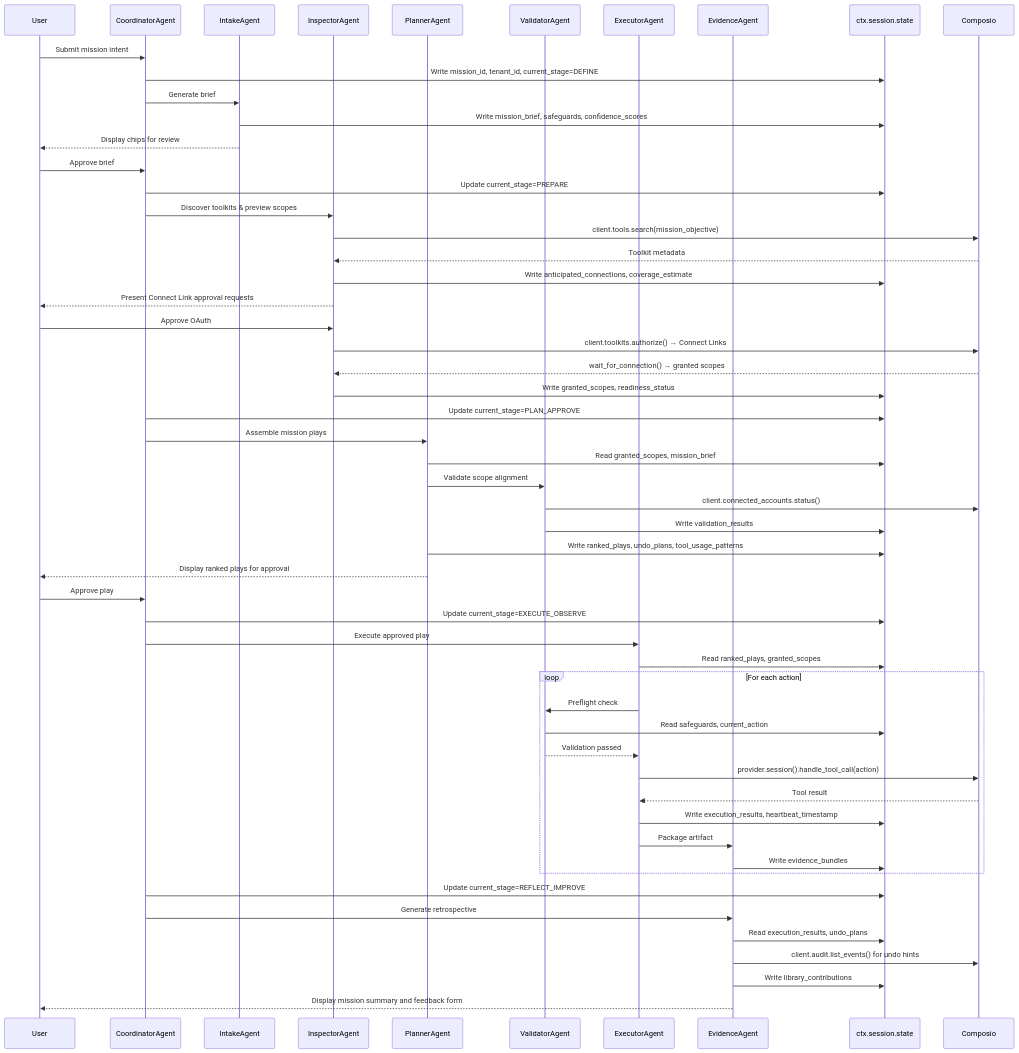
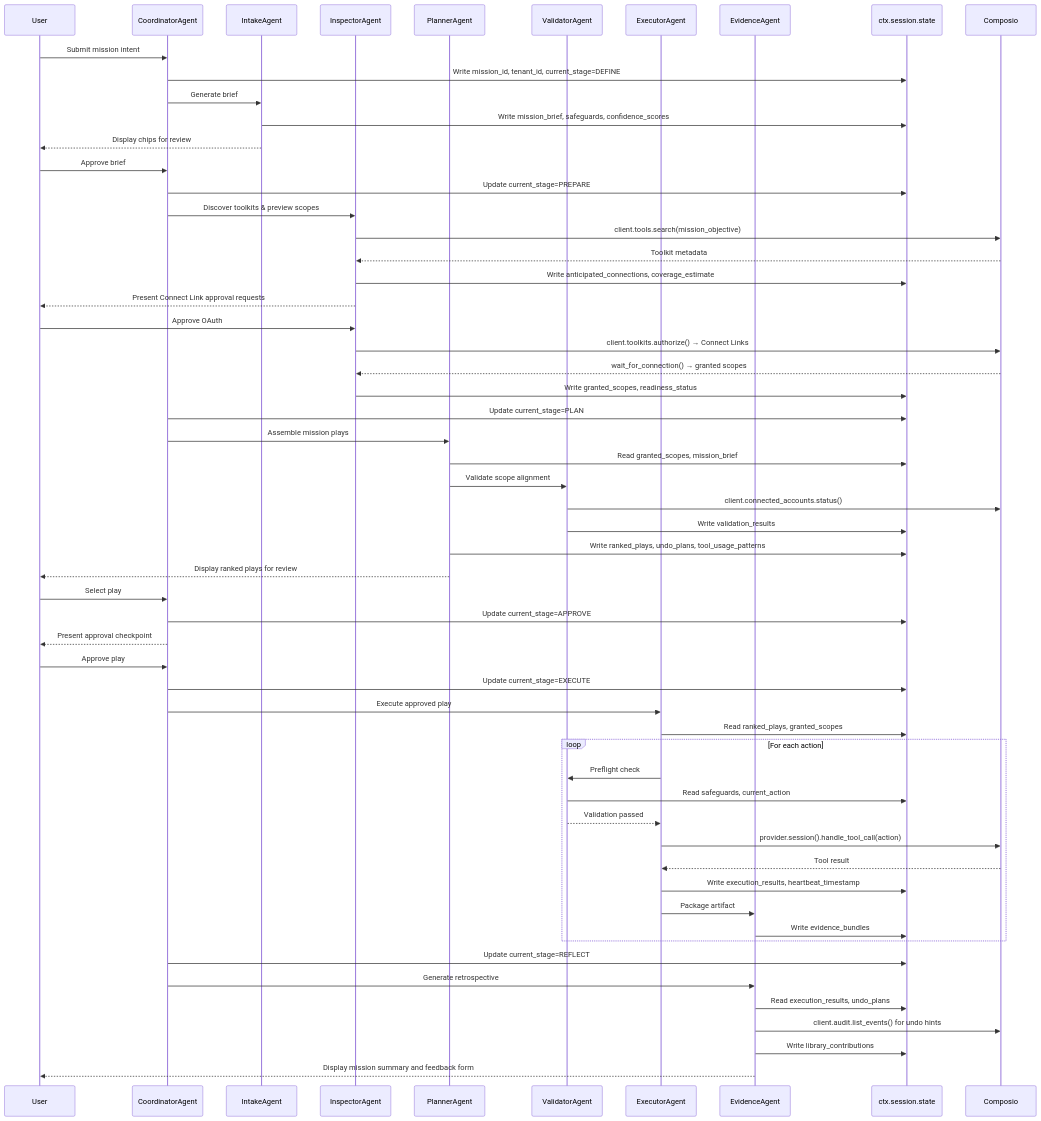
Before and after one commit to maxbaluev/ai_employee_0: the second of 2 diagrams in docs/02_system_overview.md, drawn with Mermaid. The commit also changed other lines of this file and 13 other files, not shown here.

````diff
--- a/docs/02_system_overview.md
+++ b/docs/02_system_overview.md
@@ -147,62 +151,65 @@
 ```mermaid
 sequenceDiagram
     participant User
     participant CoordinatorAgent
     participant IntakeAgent
     participant InspectorAgent
     participant PlannerAgent
     participant ValidatorAgent
     participant ExecutorAgent
     participant EvidenceAgent
     participant SessionState as ctx.session.state
     participant Composio
 
     User->>CoordinatorAgent: Submit mission intent
     CoordinatorAgent->>SessionState: Write mission_id, tenant_id, current_stage=DEFINE
     CoordinatorAgent->>IntakeAgent: Generate brief
     IntakeAgent->>SessionState: Write mission_brief, safeguards, confidence_scores
     IntakeAgent-->>User: Display chips for review
     User->>CoordinatorAgent: Approve brief
     CoordinatorAgent->>SessionState: Update current_stage=PREPARE
 
     CoordinatorAgent->>InspectorAgent: Discover toolkits & preview scopes
     InspectorAgent->>Composio: client.tools.search(mission_objective)
     Composio-->>InspectorAgent: Toolkit metadata
     InspectorAgent->>SessionState: Write anticipated_connections, coverage_estimate
     InspectorAgent-->>User: Present Connect Link approval requests
     User->>InspectorAgent: Approve OAuth
     InspectorAgent->>Composio: client.toolkits.authorize() → Connect Links
     Composio-->>InspectorAgent: wait_for_connection() → granted scopes
     InspectorAgent->>SessionState: Write granted_scopes, readiness_status
-    CoordinatorAgent->>SessionState: Update current_stage=PLAN_APPROVE
+    CoordinatorAgent->>SessionState: Update current_stage=PLAN
 
     CoordinatorAgent->>PlannerAgent: Assemble mission plays
     PlannerAgent->>SessionState: Read granted_scopes, mission_brief
     PlannerAgent->>ValidatorAgent: Validate scope alignment
     ValidatorAgent->>Composio: client.connected_accounts.status()
     ValidatorAgent->>SessionState: Write validation_results
     PlannerAgent->>SessionState: Write ranked_plays, undo_plans, tool_usage_patterns
-    PlannerAgent-->>User: Display ranked plays for approval
+    PlannerAgent-->>User: Display ranked plays for review
+    User->>CoordinatorAgent: Select play
+    CoordinatorAgent->>SessionState: Update current_stage=APPROVE
+    CoordinatorAgent-->>User: Present approval checkpoint
     User->>CoordinatorAgent: Approve play
-    CoordinatorAgent->>SessionState: Update current_stage=EXECUTE_OBSERVE
+    CoordinatorAgent->>SessionState: Update current_stage=EXECUTE
 
     CoordinatorAgent->>ExecutorAgent: Execute approved play
     ExecutorAgent->>SessionState: Read ranked_plays, granted_scopes
     loop For each action
         ExecutorAgent->>ValidatorAgent: Preflight check
         ValidatorAgent->>SessionState: Read safeguards, current_action
         ValidatorAgent-->>ExecutorAgent: Validation passed
         ExecutorAgent->>Composio: provider.session().handle_tool_call(action)
         Composio-->>ExecutorAgent: Tool result
         ExecutorAgent->>SessionState: Write execution_results, heartbeat_timestamp
         ExecutorAgent->>EvidenceAgent: Package artifact
         EvidenceAgent->>SessionState: Write evidence_bundles
     end
-    CoordinatorAgent->>SessionState: Update current_stage=REFLECT_IMPROVE
+    CoordinatorAgent->>SessionState: Update current_stage=REFLECT
 
     CoordinatorAgent->>EvidenceAgent: Generate retrospective
     EvidenceAgent->>SessionState: Read execution_results, undo_plans
     EvidenceAgent->>Composio: client.audit.list_events() for undo hints
     EvidenceAgent->>SessionState: Write library_contributions
     EvidenceAgent-->>User: Display mission summary and feedback form
 ```
````
